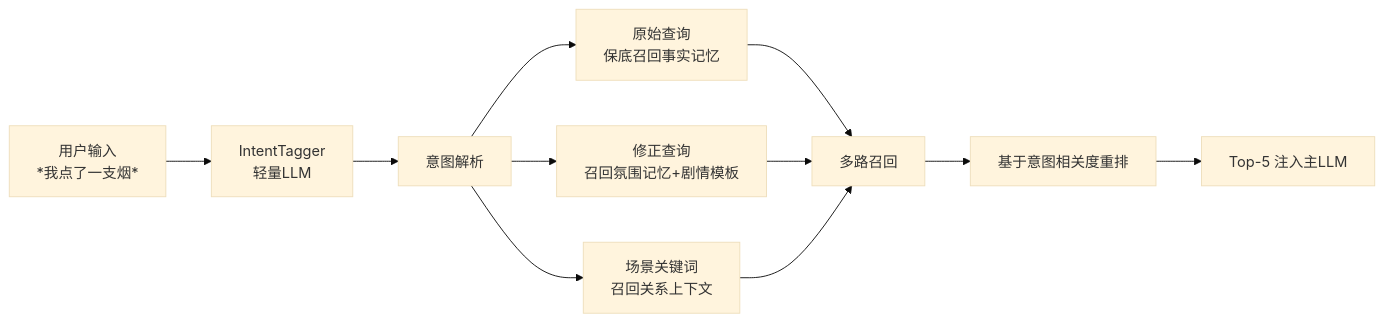
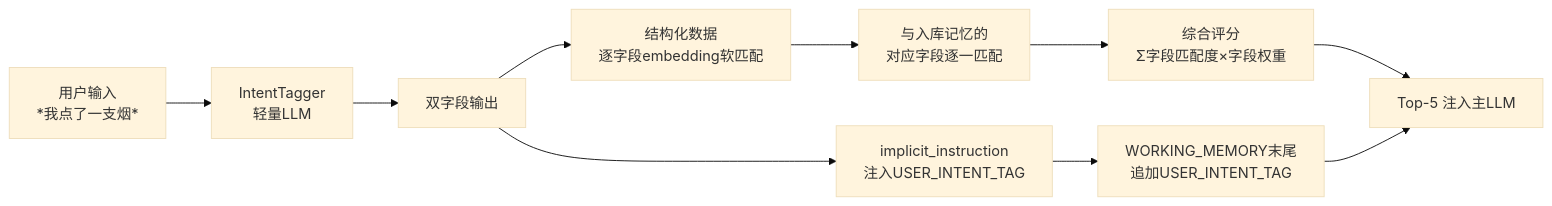
Before and after one commit to hbbtsk/AURA: the diagram in AURA-30天完整执行计划.md, drawn with Mermaid (base theme). The commit also changed other lines of this file and 8 other files, not shown here.

Commit message:
feat: v0.7.0 三层记忆 + 意图感知 RAG + 架构文档

````diff
--- a/AURA-30天完整执行计划.md
+++ b/AURA-30天完整执行计划.md
@@ -791,13 +817,12 @@
 ```mermaid
 graph LR
     A[用户输入<br/>*我点了一支烟*] --> B[IntentTagger<br/>轻量LLM]
-    B --> C[意图解析]
-    C --> D1[原始查询<br/>保底召回事实记忆]
-    C --> D2[修正查询<br/>召回氛围记忆+剧情模板]
-    C --> D3[场景关键词<br/>召回关系上下文]
-    D1 --> E[多路召回]
-    D2 --> E
-    D3 --> E
-    E --> F[基于意图相关度重排]
+    B --> C[双字段输出]
+    C --> D1[结构化数据<br/>逐字段embedding软匹配]
+    C --> D2[implicit_instruction<br/>注入USER_INTENT_TAG]
+    D1 --> E[与入库记忆的<br/>对应字段逐一匹配]
+    E --> F[综合评分<br/>Σ字段匹配度×字段权重]
     F --> G[Top-5 注入主LLM]
+    D2 --> H[WORKING_MEMORY末尾<br/>追加USER_INTENT_TAG]
+    H --> G
 ```
````
